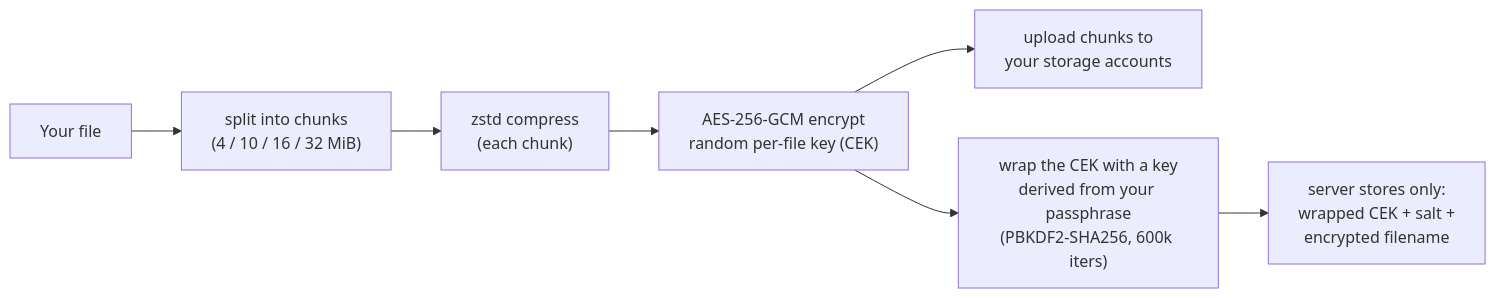
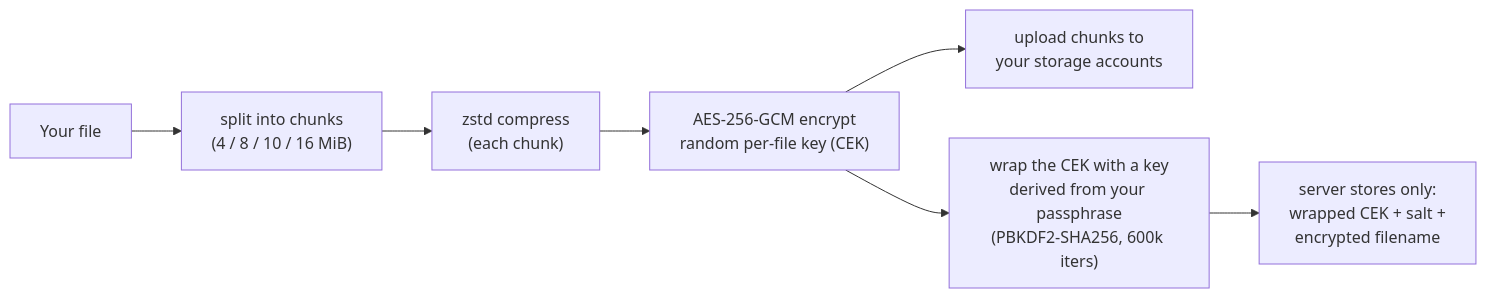
The first of 3 diagrams in README.md (Wosmos/zcrypt), drawn with Mermaid before and after one commit. The commit also changed 19 other files, not shown here.

````diff
--- a/README.md
+++ b/README.md
@@ -46,9 +46,9 @@
 ```mermaid
 flowchart LR
-    F["Your file"] --> S["split into chunks<br/>(4 / 10 / 16 / 32 MiB)"]
+    F["Your file"] --> S["split into chunks<br/>(4 / 8 / 10 / 16 MiB)"]
     S --> C["zstd compress<br/>(each chunk)"]
     C --> E["AES-256-GCM encrypt<br/>random per-file key (CEK)"]
     E --> U["upload chunks to<br/>your storage accounts"]
     E --> W["wrap the CEK with a key<br/>derived from your passphrase<br/>(PBKDF2-SHA256, 600k iters)"]
     W --> M["server stores only:<br/>wrapped CEK + salt +<br/>encrypted filename"]
 ```
````
